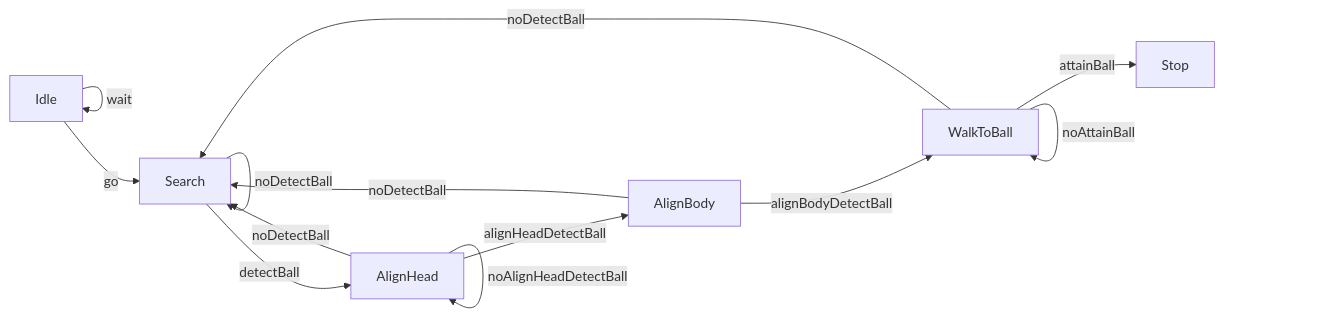
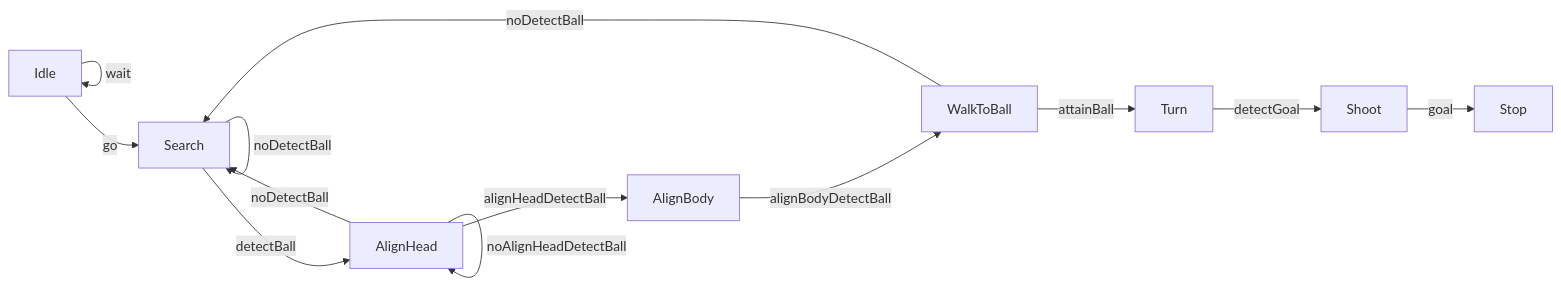
One commit to Traaak98/maradona changed the diagram in README.md. Above: the diagram before and after it, drawn with Mermaid. The commit also changed other lines of this file, not shown here.

````diff
--- a/README.md
+++ b/README.md
@@ -67,15 +67,15 @@
 ```mermaid
 graph LR;
     Idle-- wait -->Idle;
     Idle-- go -->Search;
     Search-- noDetectBall -->Search;
     Search-- detectBall -->AlignHead;
     AlignHead-- noDetectBall -->Search;
     AlignHead-- noAlignHeadDetectBall -->AlignHead;
     AlignHead-- alignHeadDetectBall -->AlignBody;
-    AlignBody-- noDetectBall -->Search;
     AlignBody-- alignBodyDetectBall -->WalkToBall;
     WalkToBall-- noDetectBall -->Search;
-    WalkToBall-- noAttainBall -->WalkToBall;
-    WalkToBall-- attainBall -->Stop;
+    WalkToBall-- attainBall -->Turn;
+    Turn-- detectGoal -->Shoot;
+    Shoot-- goal -->Stop;
 ```
````
